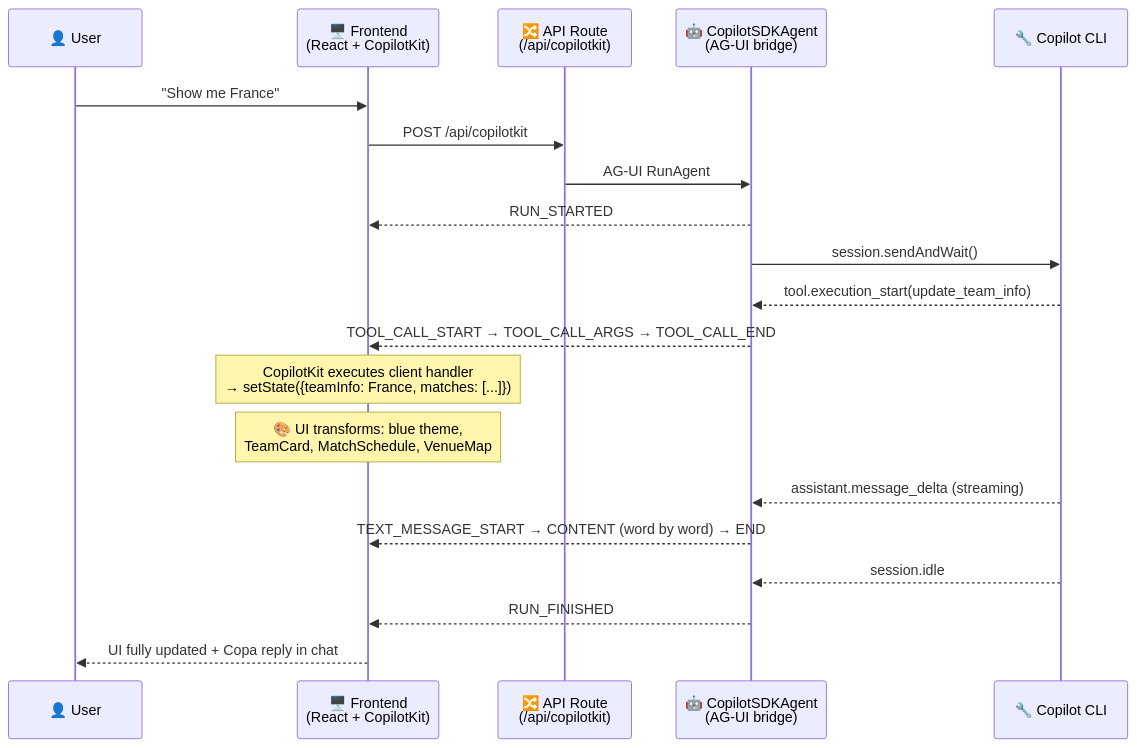
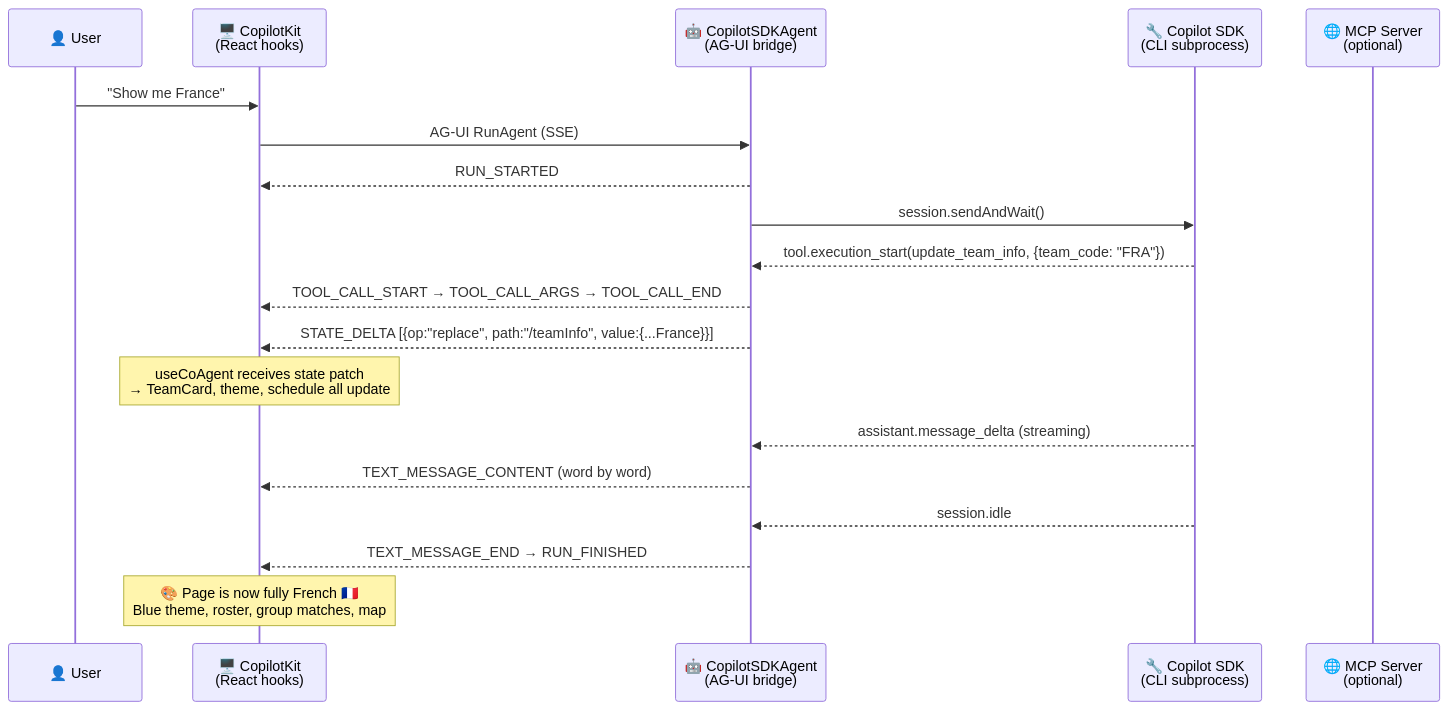
The diagram in README.md (fredgis/foot-agui-sample), drawn with Mermaid before and after one commit. The commit also changed other lines of this file, not shown here.

First line of the commit message:
docs: rewrite README with architecture overview and updated features

````diff
--- a/README.md
+++ b/README.md
@@ -126,23 +141,22 @@
 ```mermaid
 sequenceDiagram
     participant U as 👤 User
-    participant F as 🖥️ Frontend<br/>(React + CopilotKit)
-    participant R as 🔀 API Route<br/>(/api/copilotkit)
+    participant F as 🖥️ CopilotKit<br/>(React hooks)
     participant A as 🤖 CopilotSDKAgent<br/>(AG-UI bridge)
-    participant C as 🔧 Copilot CLI
+    participant C as 🔧 Copilot SDK<br/>(CLI subprocess)
+    participant M as 🌐 MCP Server<br/>(optional)
 
     U->>F: "Show me France"
-    F->>R: POST /api/copilotkit
-    R->>A: AG-UI RunAgent
+    F->>A: AG-UI RunAgent (SSE)
     A-->>F: RUN_STARTED
     A->>C: session.sendAndWait()
-    C-->>A: tool.execution_start(update_team_info)
+    C-->>A: tool.execution_start(update_team_info, {team_code: "FRA"})
     A-->>F: TOOL_CALL_START → TOOL_CALL_ARGS → TOOL_CALL_END
-    Note over F: CopilotKit executes client handler<br/>→ setState({teamInfo: France, matches: [...]})
-    Note over F: 🎨 UI transforms: blue theme,<br/>TeamCard, MatchSchedule, VenueMap
+    A-->>F: STATE_DELTA [{op:"replace", path:"/teamInfo", value:{...France}}]
+    Note over F: useCoAgent receives state patch<br/>→ TeamCard, theme, schedule all update
     C-->>A: assistant.message_delta (streaming)
-    A-->>F: TEXT_MESSAGE_START → CONTENT (word by word) → END
+    A-->>F: TEXT_MESSAGE_CONTENT (word by word)
     C-->>A: session.idle
-    A-->>F: RUN_FINISHED
-    F-->>U: UI fully updated + Copa reply in chat
+    A-->>F: TEXT_MESSAGE_END → RUN_FINISHED
+    Note over F: 🎨 Page is now fully French 🇫🇷<br/>Blue theme, roster, group matches, map
 ```
````
